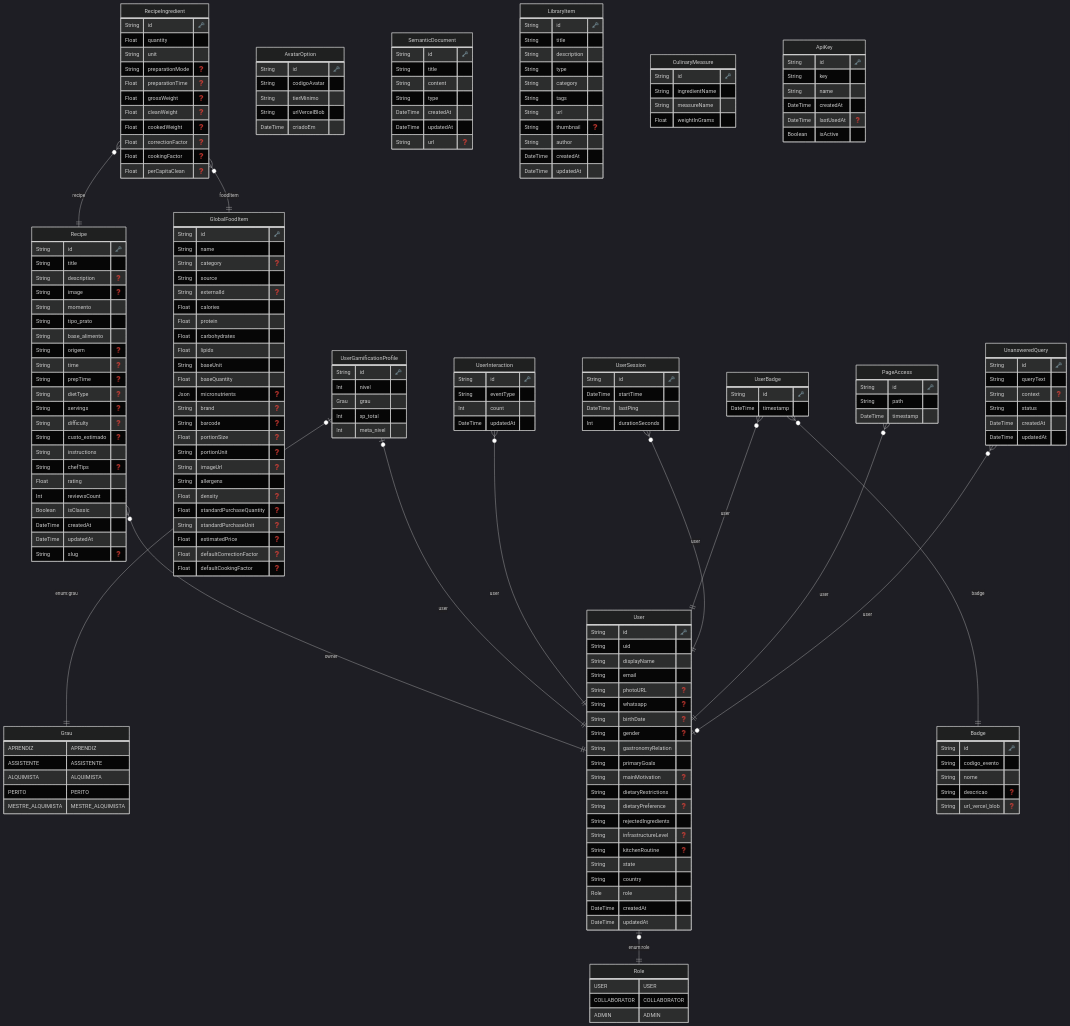
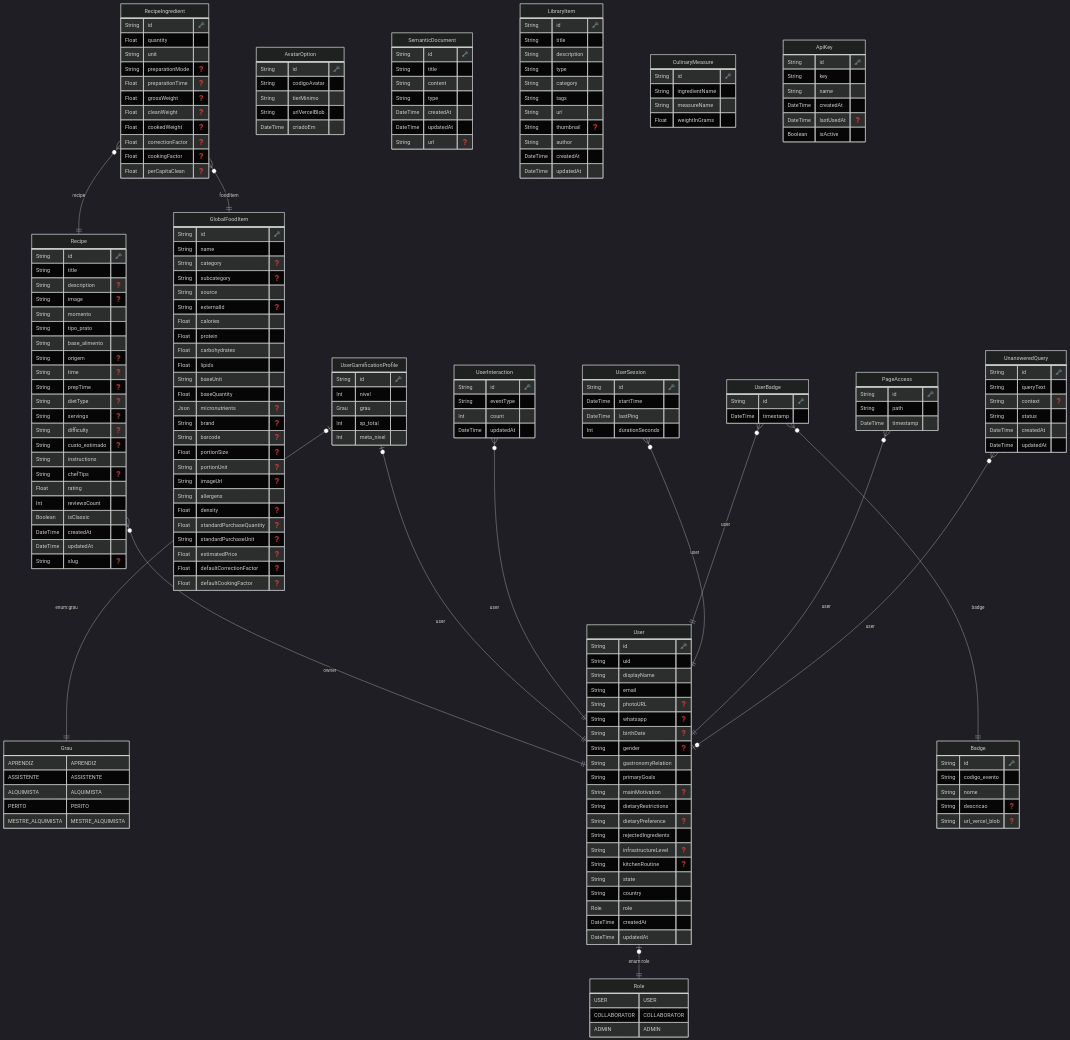
The diagram in specs/ERD.md (Sarge2024/alchemist), drawn with Mermaid (dark theme) before and after one commit. The commit also changed 10 other files, not shown here.

Commit message:
feat: implement hierarchical ingredient classification with AI-driven tagging and updated nutrition schema

```diff
--- a/specs/ERD.md
+++ b/specs/ERD.md
@@ -72,6 +72,7 @@
     String id "🗝️"
     String name 
     String category "❓"
+    String subcategory "❓"
     String source 
     String externalId "❓"
     Float calories 
```
